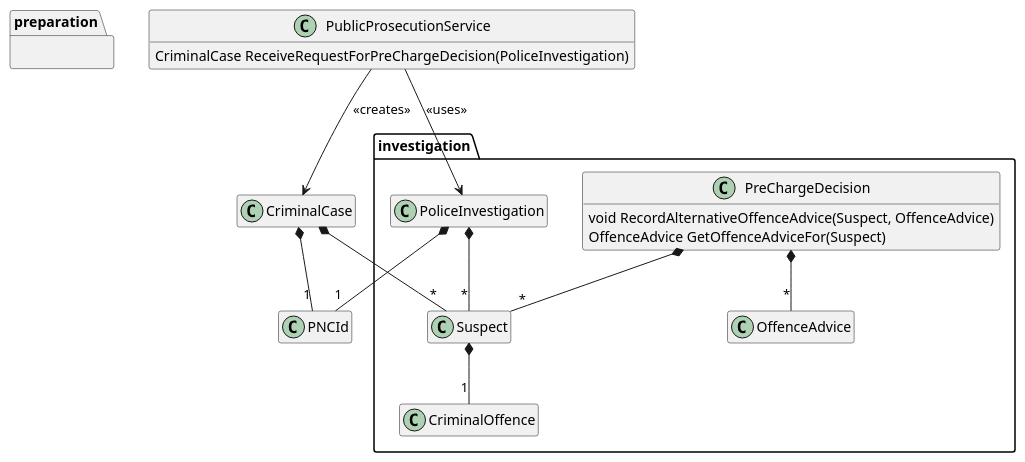
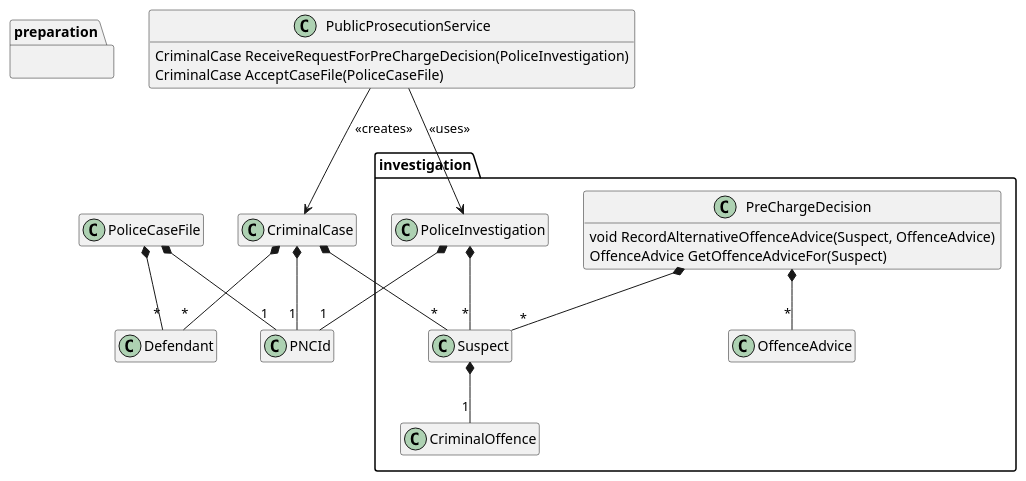
One commit to sswietoniowski/learning-csharp-domain-driven-desing-first-steps changed the diagram in docs/Domain-Model.puml. Above: the diagram before and after it, drawn with PlantUML.

Commit message:
Exercise 4 - DOCS - Update the diagram to show new Defendant and PoliceCaseFile classes plus relationships, as well as methods for PublicProsecutionService and fixing CriminalCase to point to defendant

```diff
--- a/docs/Domain-Model.puml
+++ b/docs/Domain-Model.puml
@@ -1,56 +1,63 @@
 @startuml Public Prosecution Service
 
 hide empty members
 hide empty methods
 
 package investigation {
     class CriminalOffence {
     }
 
     class OffenceAdvice {
     }
 
     class PoliceInvestigation {
     }
 
     class PreChargeDecision {
         void RecordAlternativeOffenceAdvice(Suspect, OffenceAdvice)
         OffenceAdvice GetOffenceAdviceFor(Suspect)
     }
 
     class Suspect    {
     }
 }
 
-package preparation {    
+package preparation {
 }
 
 class CriminalCase {
 }
 
 class PNCId {
 }
 
 class PublicProsecutionService {
     CriminalCase ReceiveRequestForPreChargeDecision(PoliceInvestigation)
+    CriminalCase AcceptCaseFile(PoliceCaseFile)
 }
 
 Suspect *-- "1" CriminalOffence
 
-PoliceInvestigation *-- "*" Suspect
+PoliceCaseFile *-- "1" PNCId
+
+PoliceCaseFile *-- "*" Defendant
 
 PoliceInvestigation *-- "1" PNCId
+
+PoliceInvestigation *-- "*" Suspect
 
 PreChargeDecision *-- "*" Suspect
 
 PreChargeDecision *-- "*" OffenceAdvice
 
 CriminalCase *-- "1" PNCId
 
 CriminalCase *-- "*" Suspect
 
+CriminalCase *-- "*" Defendant
+
 PublicProsecutionService --> CriminalCase : <<creates>>
 
 PublicProsecutionService --> PoliceInvestigation : <<uses>>
 
 @enduml
```
